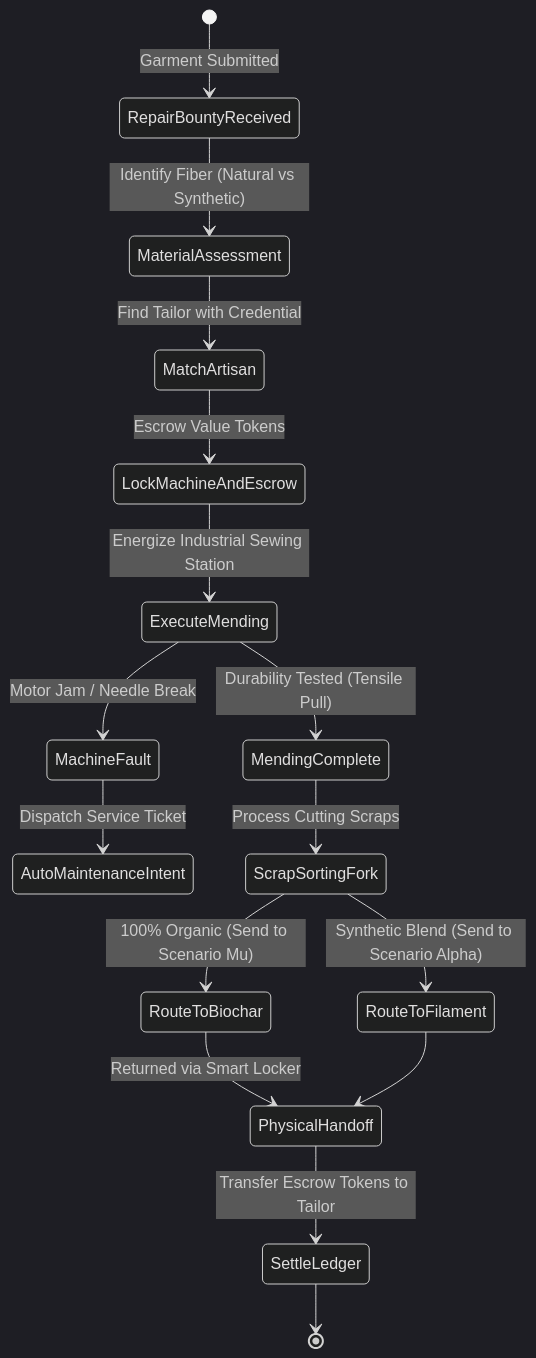
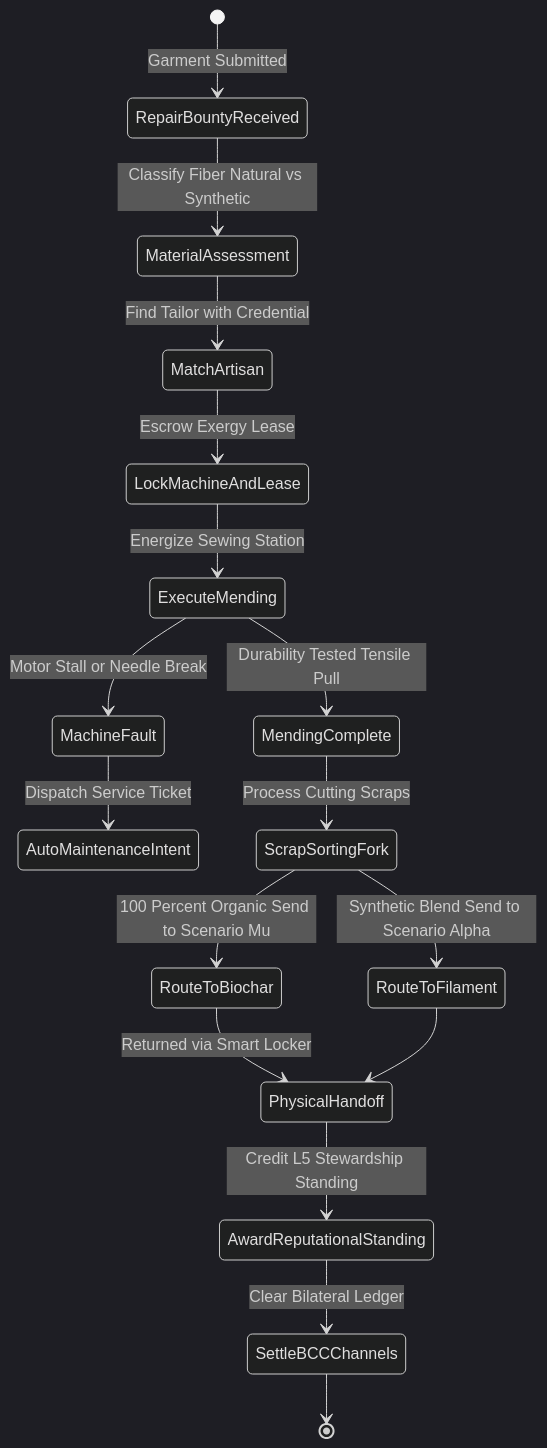
One commit to raffaine/collective changed the second of 4 diagrams in docs/scenarios/nu_fashion.md. Above: the diagram before and after it, drawn with Mermaid (dark theme). The commit also changed other lines of this file and 23 other files, not shown here.

````diff
--- a/docs/scenarios/nu_fashion.md
+++ b/docs/scenarios/nu_fashion.md
@@ -73,18 +91,19 @@
 ```mermaid
 stateDiagram-v2
     [*] --> RepairBountyReceived: Garment Submitted
-    RepairBountyReceived --> MaterialAssessment: Identify Fiber (Natural vs Synthetic)
+    RepairBountyReceived --> MaterialAssessment: Classify Fiber Natural vs Synthetic
     MaterialAssessment --> MatchArtisan: Find Tailor with Credential
-    MatchArtisan --> LockMachineAndEscrow: Escrow Value Tokens
-    LockMachineAndEscrow --> ExecuteMending: Energize Industrial Sewing Station
-    ExecuteMending --> MachineFault: Motor Jam / Needle Break
+    MatchArtisan --> LockMachineAndLease: Escrow Exergy Lease
+    LockMachineAndLease --> ExecuteMending: Energize Sewing Station
+    ExecuteMending --> MachineFault: Motor Stall or Needle Break
     MachineFault --> AutoMaintenanceIntent: Dispatch Service Ticket
-    ExecuteMending --> MendingComplete: Durability Tested (Tensile Pull)
+    ExecuteMending --> MendingComplete: Durability Tested Tensile Pull
     MendingComplete --> ScrapSortingFork: Process Cutting Scraps
-    ScrapSortingFork --> RouteToBiochar: 100% Organic (Send to Scenario Mu)
-    ScrapSortingFork --> RouteToFilament: Synthetic Blend (Send to Scenario Alpha)
+    ScrapSortingFork --> RouteToBiochar: 100 Percent Organic Send to Scenario Mu
+    ScrapSortingFork --> RouteToFilament: Synthetic Blend Send to Scenario Alpha
     RouteToBiochar --> PhysicalHandoff: Returned via Smart Locker
     RouteToFilament --> PhysicalHandoff
-    PhysicalHandoff --> SettleLedger: Transfer Escrow Tokens to Tailor
-    SettleLedger --> [*]
+    PhysicalHandoff --> AwardReputationalStanding: Credit L5 Stewardship Standing
+    AwardReputationalStanding --> SettleBCCChannels: Clear Bilateral Ledger
+    SettleBCCChannels --> [*]
 ```
````
